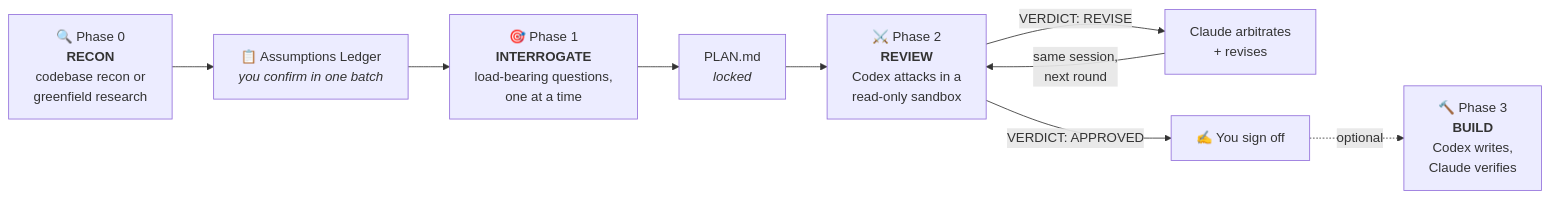
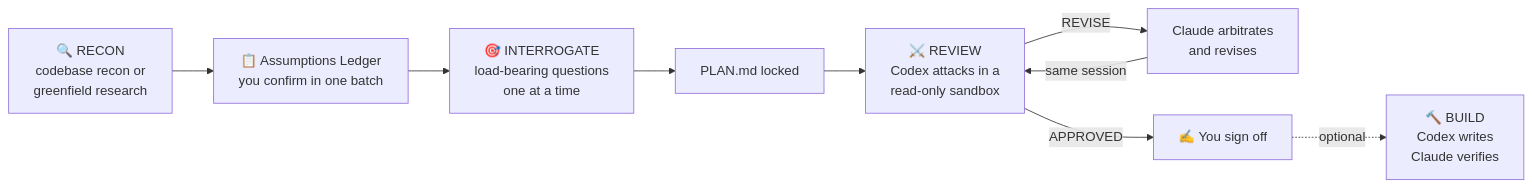
One commit to LevonFrench/claudex-loop changed the diagram in README.md. Above: the diagram before and after it, drawn with Mermaid.

Commit message:
fix: simplify mermaid syntax for GitHub renderer

````diff
--- a/README.md
+++ b/README.md
@@ -24,11 +24,11 @@
 ```mermaid
 flowchart LR
-    A["🔍 Phase 0<br/><b>RECON</b><br/>codebase recon or<br/>greenfield research"] --> L["📋 Assumptions Ledger<br/><i>you confirm in one batch</i>"]
-    L --> B["🎯 Phase 1<br/><b>INTERROGATE</b><br/>load-bearing questions,<br/>one at a time"]
-    B --> P["PLAN.md<br/><i>locked</i>"]
-    P --> C["⚔️ Phase 2<br/><b>REVIEW</b><br/>Codex attacks in a<br/>read-only sandbox"]
-    C -->|"VERDICT: REVISE"| R["Claude arbitrates<br/>+ revises"]
-    R -->|"same session,<br/>next round"| C
-    C -->|"VERDICT: APPROVED"| S["✍️ You sign off"]
-    S -.->|optional| D["🔨 Phase 3<br/><b>BUILD</b><br/>Codex writes,<br/>Claude verifies"]
+    A["🔍 RECON<br>codebase recon or<br>greenfield research"] --> L["📋 Assumptions Ledger<br>you confirm in one batch"]
+    L --> B["🎯 INTERROGATE<br>load-bearing questions<br>one at a time"]
+    B --> P["PLAN.md locked"]
+    P --> C["⚔️ REVIEW<br>Codex attacks in a<br>read-only sandbox"]
+    C -- REVISE --> R["Claude arbitrates<br>and revises"]
+    R -- same session --> C
+    C -- APPROVED --> S["✍️ You sign off"]
+    S -. optional .-> D["🔨 BUILD<br>Codex writes<br>Claude verifies"]
 ```
````
